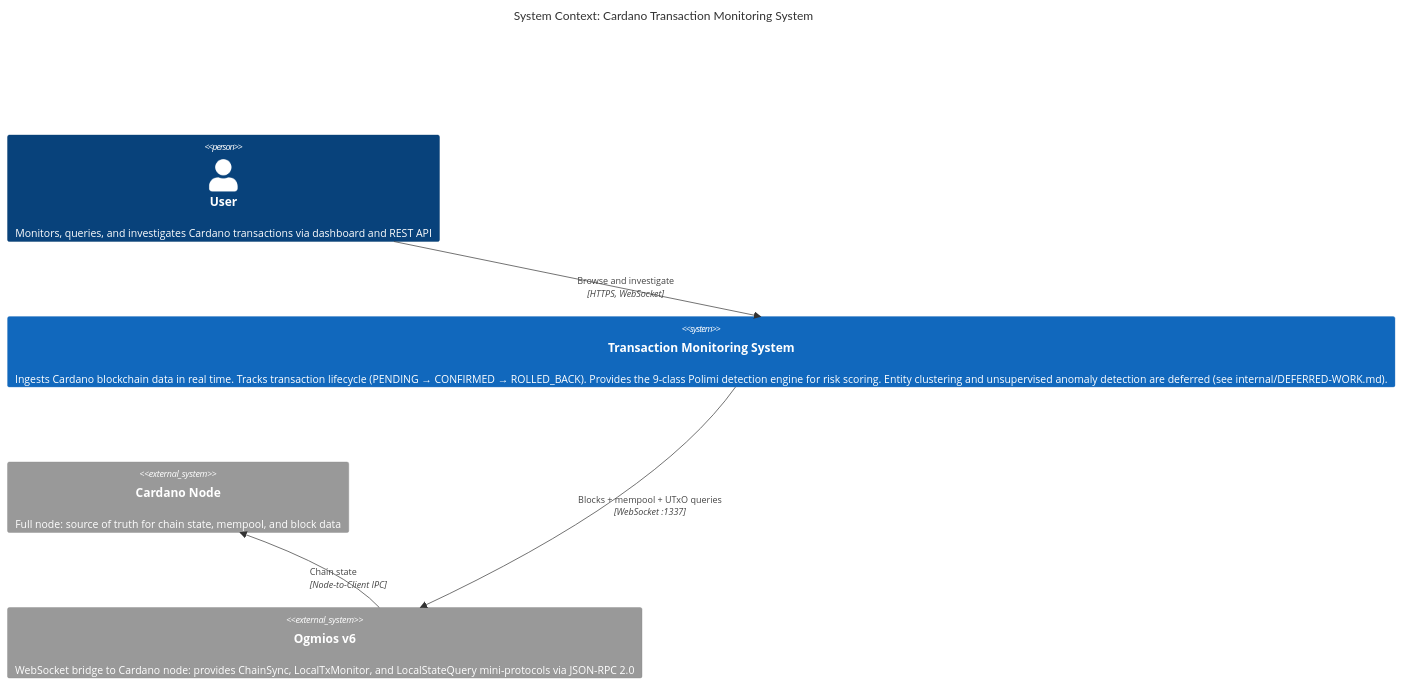
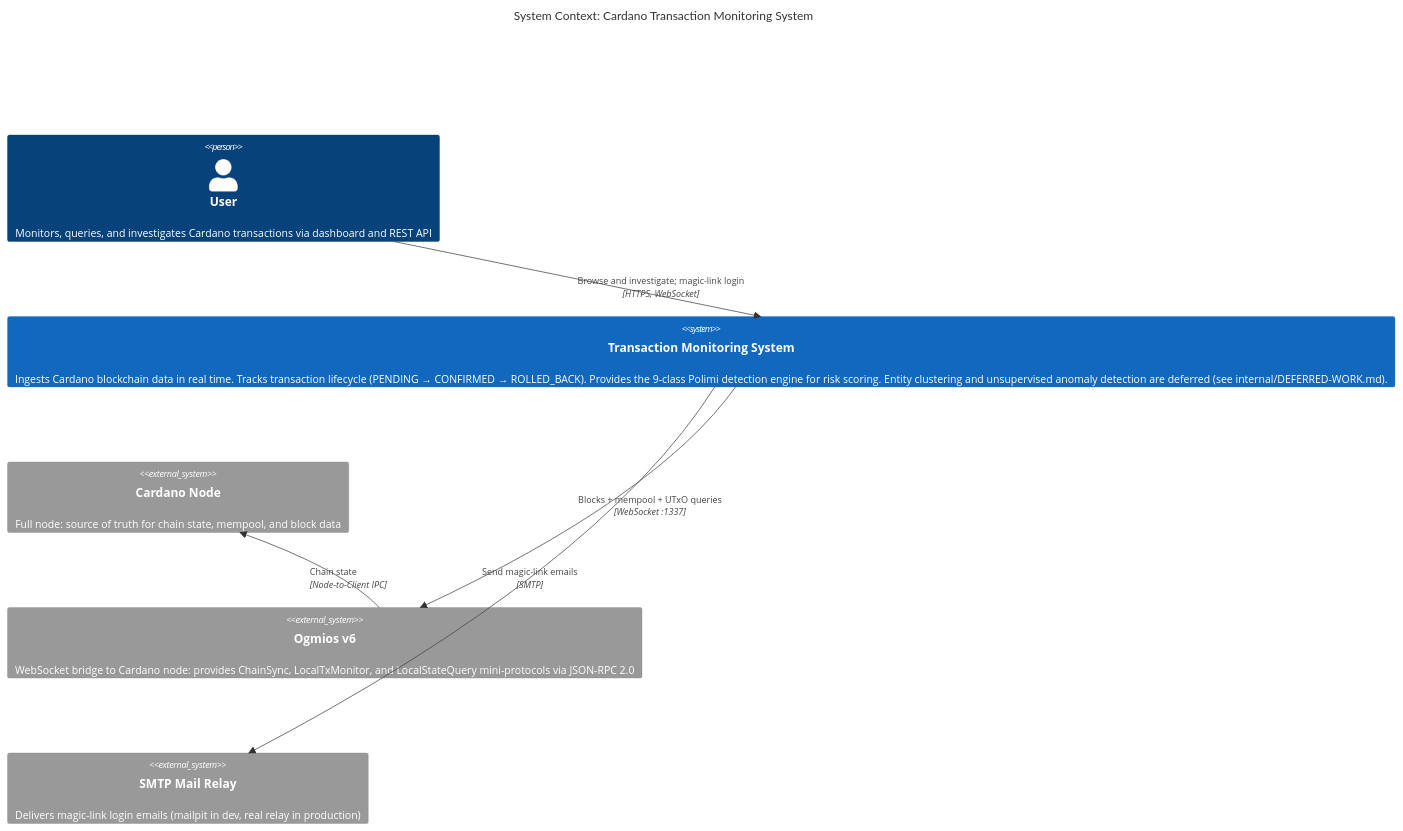
Before and after one commit to input-output-hk/TransactionMonitoringSystem: the first of 7 diagrams in docs/C4-ARCHITECTURE.md, drawn with Mermaid. The commit also changed other lines of this file and 8 other files, not shown here.

````diff
--- a/docs/C4-ARCHITECTURE.md
+++ b/docs/C4-ARCHITECTURE.md
@@ -7,15 +7,17 @@
 ```mermaid
 C4Context
     title System Context: Cardano Transaction Monitoring System
 
     Person(user, "User", "Monitors, queries, and investigates Cardano transactions via dashboard and REST API")
 
     System(tms, "Transaction Monitoring System", "Ingests Cardano blockchain data in real time. Tracks transaction lifecycle (PENDING → CONFIRMED → ROLLED_BACK). Provides the 9-class Polimi detection engine for risk scoring. Entity clustering and unsupervised anomaly detection are deferred (see internal/DEFERRED-WORK.md).")
 
     System_Ext(cardano_node, "Cardano Node", "Full node: source of truth for chain state, mempool, and block data")
     System_Ext(ogmios, "Ogmios v6", "WebSocket bridge to Cardano node: provides ChainSync, LocalTxMonitor, and LocalStateQuery mini-protocols via JSON-RPC 2.0")
+    System_Ext(mail, "SMTP Mail Relay", "Delivers magic-link login emails (mailpit in dev, real relay in production)")
 
-    Rel(user, tms, "Browse and investigate", "HTTPS, WebSocket")
+    Rel(user, tms, "Browse and investigate; magic-link login", "HTTPS, WebSocket")
     Rel(tms, ogmios, "Blocks + mempool + UTxO queries", "WebSocket :1337")
+    Rel(tms, mail, "Send magic-link emails", "SMTP")
     Rel(ogmios, cardano_node, "Chain state", "Node-to-Client IPC")
 ```
````
